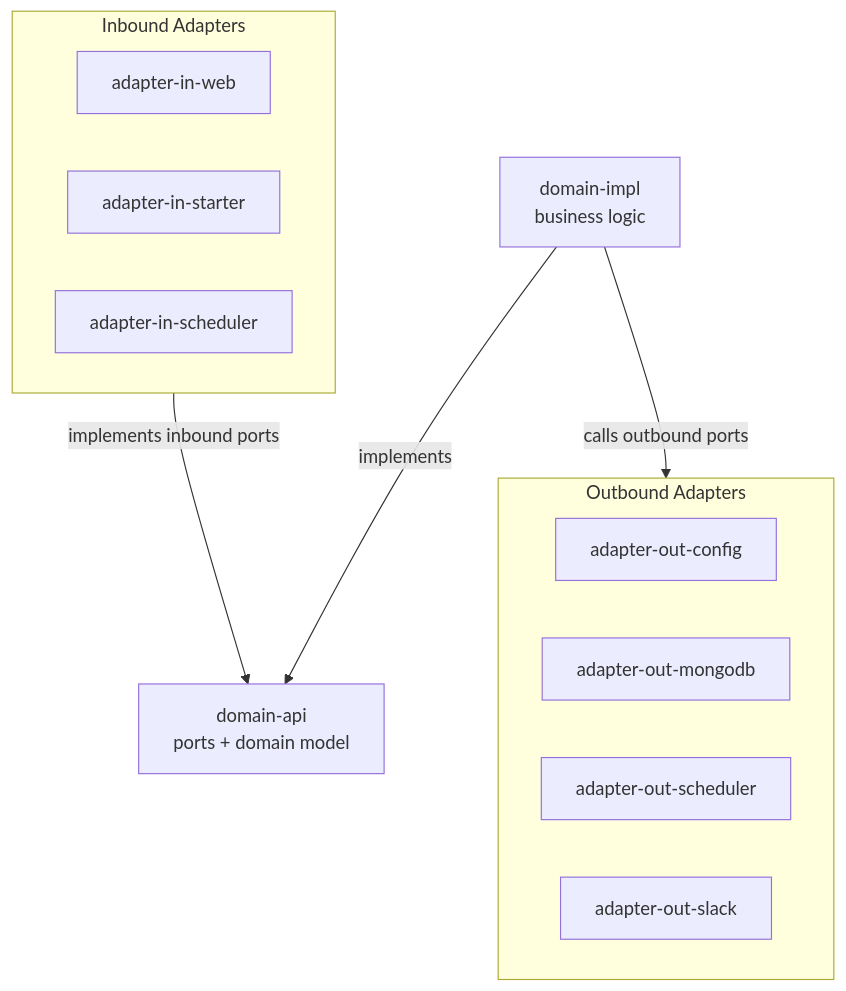
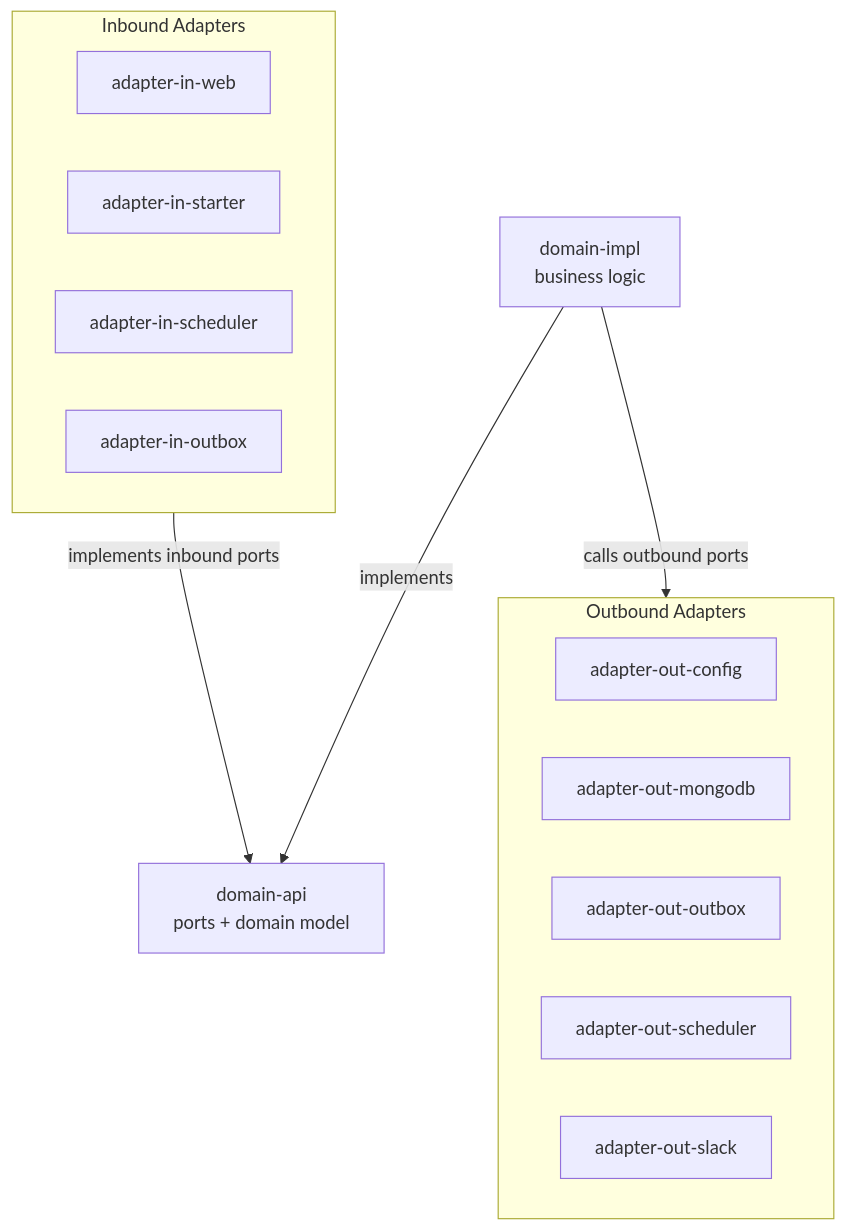
The second of 4 diagrams in docs/arc42/arc42.md (christiangroth/james-platform), drawn with Mermaid before and after one commit. The commit also changed other lines of this file and 23 other files, not shown here.

````diff
--- a/docs/arc42/arc42.md
+++ b/docs/arc42/arc42.md
@@ -225,22 +225,24 @@
 ```mermaid
 flowchart TB
     subgraph Inbound["Inbound Adapters"]
         AIW["adapter-in-web"]
         AIS["adapter-in-starter"]
         AISC["adapter-in-scheduler"]
+        AIO["adapter-in-outbox"]
     end
 
     DA["domain-api<br/>ports + domain model"]
     DI["domain-impl<br/>business logic"]
 
     subgraph Outbound["Outbound Adapters"]
         AOC["adapter-out-config"]
         AOM["adapter-out-mongodb"]
+        AOO["adapter-out-outbox"]
         AOS["adapter-out-scheduler"]
         AOSL["adapter-out-slack"]
     end
 
     Inbound -->|implements inbound ports| DA
     DI -->|implements| DA
     DI -->|calls outbound ports| Outbound
 ```
````
